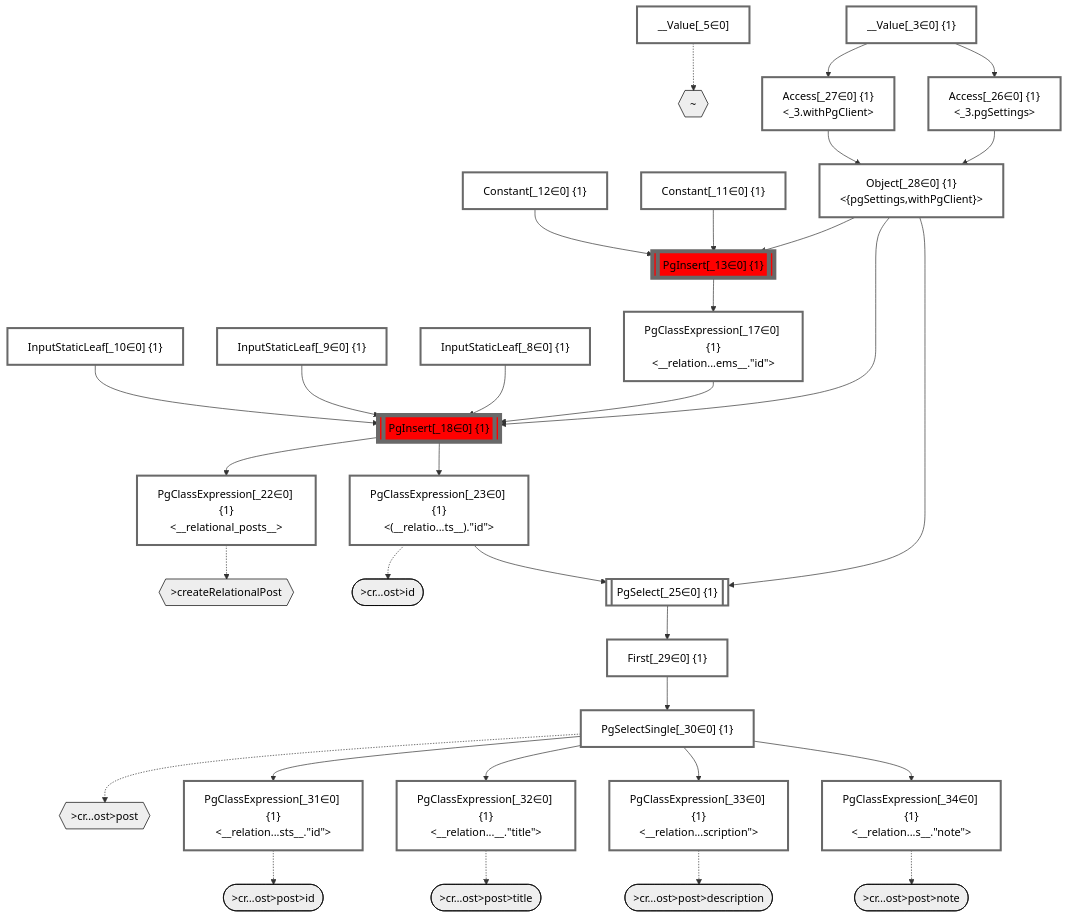
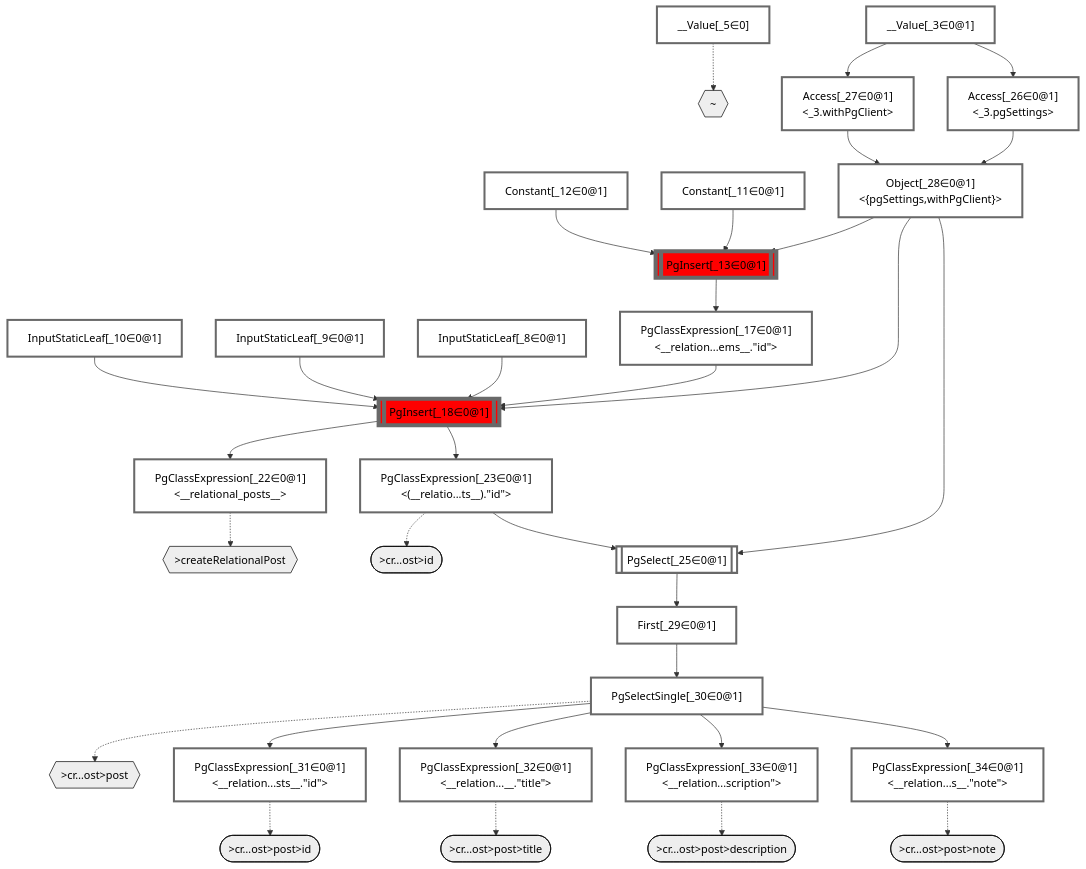
One commit to graphile/crystal changed the diagram in packages/dataplan-pg/__tests__/mutations/basics/create-relational-post-null-description.mermaid.md. Above: the diagram before and after it, drawn with Mermaid. The commit also changed 41 other files, not shown here.

Commit message:
New mermaid output with primary group IDs

```diff
--- a/packages/dataplan-pg/__tests__/mutations/basics/create-relational-post-null-description.mermaid.md
+++ b/packages/dataplan-pg/__tests__/mutations/basics/create-relational-post-null-description.mermaid.md
@@ -24,28 +24,28 @@
     %% end
 
     %% define plans
-    __Value_3["__Value[_3∈0] {1}<br /><context>"]:::plan
+    __Value_3["__Value[_3∈0@1]<br /><context>"]:::plan
     __Value_5["__Value[_5∈0]<br /><rootValue>"]:::plan
-    InputStaticLeaf_8["InputStaticLeaf[_8∈0] {1}"]:::plan
-    InputStaticLeaf_9["InputStaticLeaf[_9∈0] {1}"]:::plan
-    InputStaticLeaf_10["InputStaticLeaf[_10∈0] {1}"]:::plan
-    Constant_11["Constant[_11∈0] {1}"]:::plan
-    Constant_12["Constant[_12∈0] {1}"]:::plan
-    PgInsert_13[["PgInsert[_13∈0] {1}"]]:::sideeffectplan
-    PgClassExpression_17["PgClassExpression[_17∈0] {1}<br /><__relation...ems__.#quot;id#quot;>"]:::plan
-    PgInsert_18[["PgInsert[_18∈0] {1}"]]:::sideeffectplan
-    PgClassExpression_22["PgClassExpression[_22∈0] {1}<br /><__relational_posts__>"]:::plan
-    PgClassExpression_23["PgClassExpression[_23∈0] {1}<br /><(__relatio...ts__).#quot;id#quot;>"]:::plan
-    PgSelect_25[["PgSelect[_25∈0] {1}<br /><relational_posts>"]]:::plan
-    Access_26["Access[_26∈0] {1}<br /><_3.pgSettings>"]:::plan
-    Access_27["Access[_27∈0] {1}<br /><_3.withPgClient>"]:::plan
-    Object_28["Object[_28∈0] {1}<br /><{pgSettings,withPgClient}>"]:::plan
-    First_29["First[_29∈0] {1}"]:::plan
-    PgSelectSingle_30["PgSelectSingle[_30∈0] {1}<br /><relational_posts>"]:::plan
-    PgClassExpression_31["PgClassExpression[_31∈0] {1}<br /><__relation...sts__.#quot;id#quot;>"]:::plan
-    PgClassExpression_32["PgClassExpression[_32∈0] {1}<br /><__relation...__.#quot;title#quot;>"]:::plan
-    PgClassExpression_33["PgClassExpression[_33∈0] {1}<br /><__relation...scription#quot;>"]:::plan
-    PgClassExpression_34["PgClassExpression[_34∈0] {1}<br /><__relation...s__.#quot;note#quot;>"]:::plan
+    InputStaticLeaf_8["InputStaticLeaf[_8∈0@1]"]:::plan
+    InputStaticLeaf_9["InputStaticLeaf[_9∈0@1]"]:::plan
+    InputStaticLeaf_10["InputStaticLeaf[_10∈0@1]"]:::plan
+    Constant_11["Constant[_11∈0@1]"]:::plan
+    Constant_12["Constant[_12∈0@1]"]:::plan
+    PgInsert_13[["PgInsert[_13∈0@1]"]]:::sideeffectplan
+    PgClassExpression_17["PgClassExpression[_17∈0@1]<br /><__relation...ems__.#quot;id#quot;>"]:::plan
+    PgInsert_18[["PgInsert[_18∈0@1]"]]:::sideeffectplan
+    PgClassExpression_22["PgClassExpression[_22∈0@1]<br /><__relational_posts__>"]:::plan
+    PgClassExpression_23["PgClassExpression[_23∈0@1]<br /><(__relatio...ts__).#quot;id#quot;>"]:::plan
+    PgSelect_25[["PgSelect[_25∈0@1]<br /><relational_posts>"]]:::plan
+    Access_26["Access[_26∈0@1]<br /><_3.pgSettings>"]:::plan
+    Access_27["Access[_27∈0@1]<br /><_3.withPgClient>"]:::plan
+    Object_28["Object[_28∈0@1]<br /><{pgSettings,withPgClient}>"]:::plan
+    First_29["First[_29∈0@1]"]:::plan
+    PgSelectSingle_30["PgSelectSingle[_30∈0@1]<br /><relational_posts>"]:::plan
+    PgClassExpression_31["PgClassExpression[_31∈0@1]<br /><__relation...sts__.#quot;id#quot;>"]:::plan
+    PgClassExpression_32["PgClassExpression[_32∈0@1]<br /><__relation...__.#quot;title#quot;>"]:::plan
+    PgClassExpression_33["PgClassExpression[_33∈0@1]<br /><__relation...scription#quot;>"]:::plan
+    PgClassExpression_34["PgClassExpression[_34∈0@1]<br /><__relation...s__.#quot;note#quot;>"]:::plan
 
     %% plan dependencies
     Object_28 --> PgInsert_13
```
